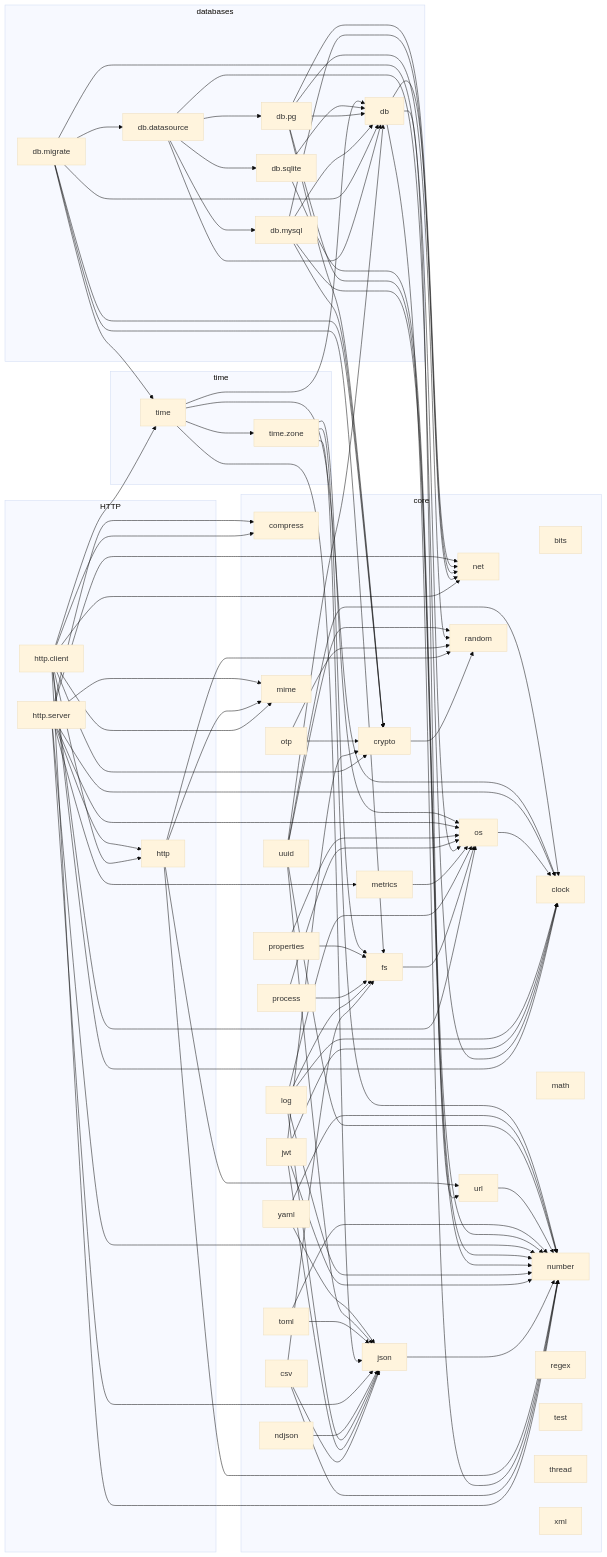
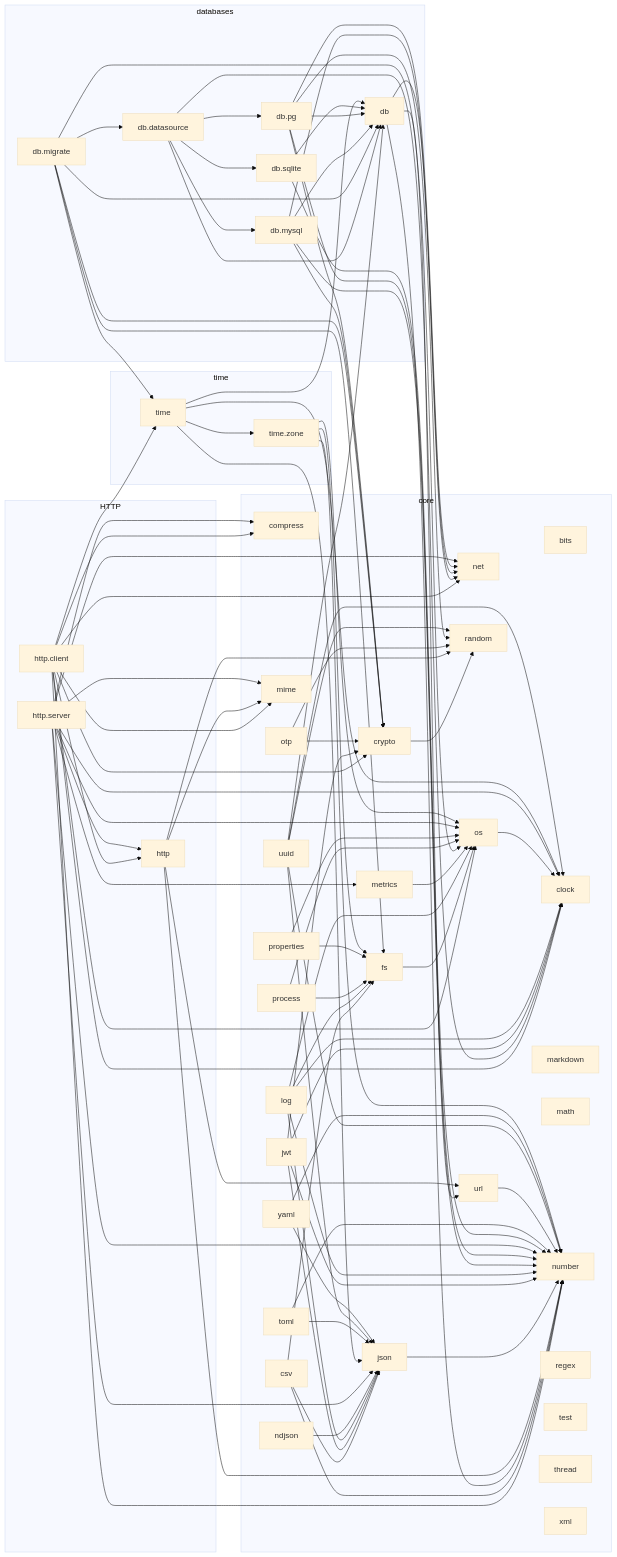
One commit to vasnatech/ziman changed the diagram in docs/lib/dependencies.md. Above: the diagram before and after it, drawn with Mermaid (base theme). The commit also changed other lines of this file and 12 other files, not shown here.

```diff
--- a/docs/lib/dependencies.md
+++ b/docs/lib/dependencies.md
@@ -17,6 +17,7 @@
         json["json"]
         jwt["jwt"]
         log["log"]
+        markdown["markdown"]
         math["math"]
         metrics["metrics"]
         mime["mime"]
```
